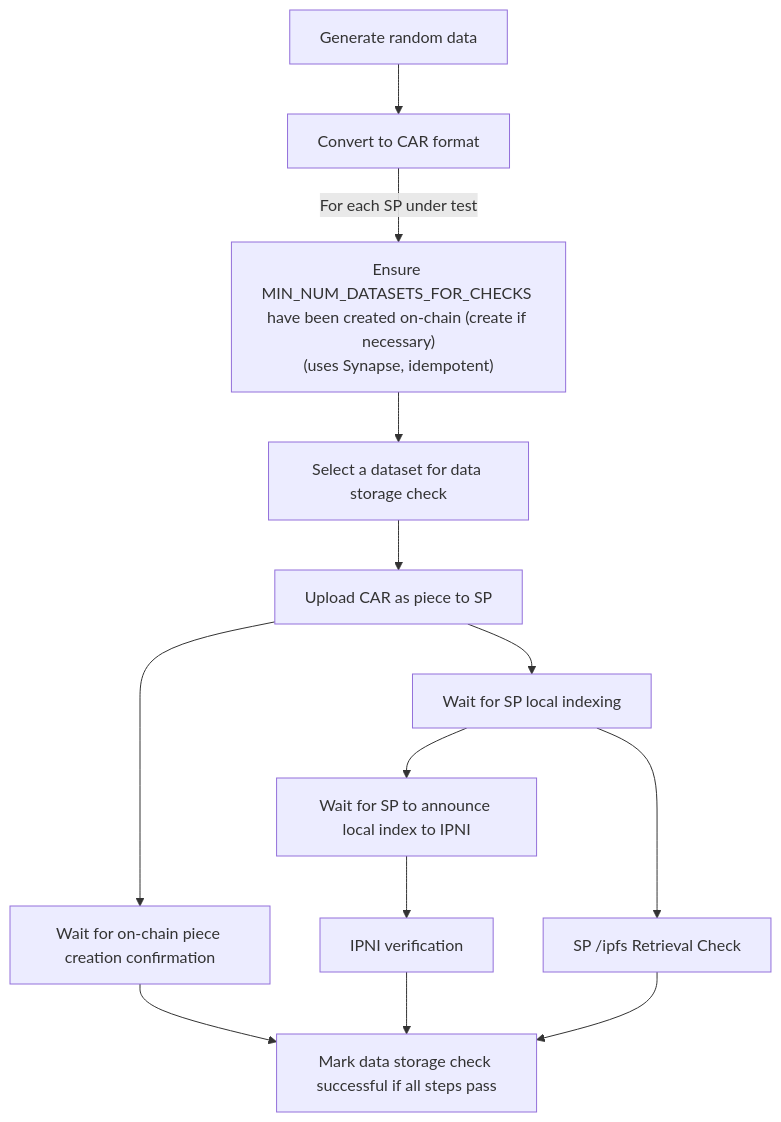
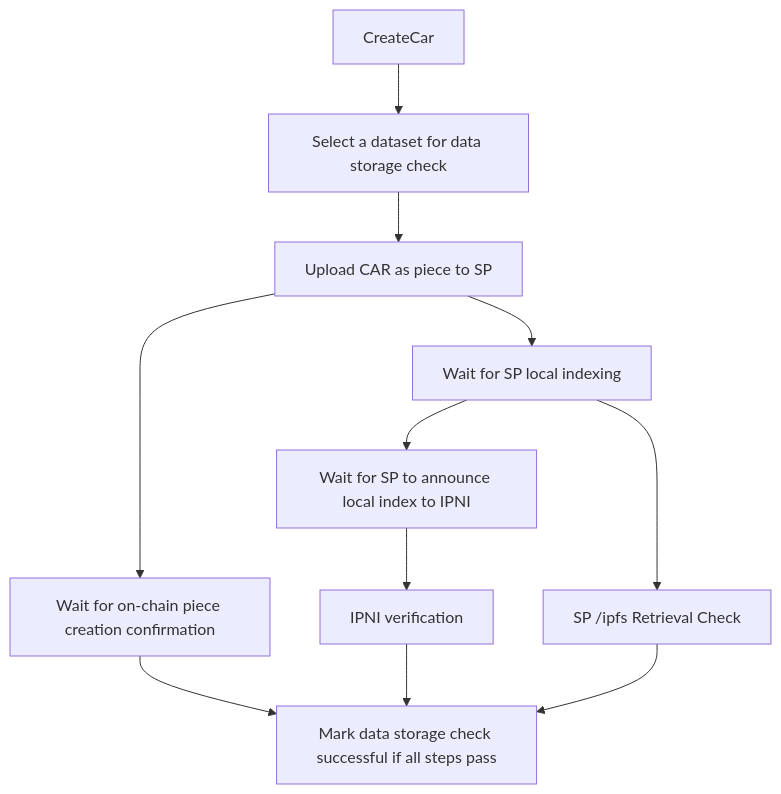
Before and after one commit to FilOzone/dealbot: the first of 2 diagrams in docs/checks/data-storage.md, drawn with Mermaid. The commit also changed other lines of this file and 4 other files, not shown here.

````diff
--- a/docs/checks/data-storage.md
+++ b/docs/checks/data-storage.md
@@ -45,15 +45,13 @@
 ```mermaid
 flowchart TD
-  GenerateData["Generate random data"] --> CreateCar["Convert to CAR format"]
-  CreateCar -- "For each SP under test" --> CreateDataSets["Ensure MIN_NUM_DATASETS_FOR_CHECKS have been created on-chain (create if necessary)<br/>(uses Synapse, idempotent)"]
-  CreateDataSets --> SelectDataSet["Select a dataset for data storage check"]
+  CreateCar --> SelectDataSet["Select a dataset for data storage check"]
   SelectDataSet --> Upload["Upload CAR as piece to SP"]
   Upload --> Chain["Wait for on-chain piece creation confirmation"]
   Upload --> LocalIndex["Wait for SP local indexing"]
   LocalIndex --> IpniAnnouncement["Wait for SP to announce local index to IPNI"]
   IpniAnnouncement --> IpniVerification["IPNI verification"]
   LocalIndex --> IpfsRetrieval["SP /ipfs Retrieval Check"]
   Chain --> CheckResults["Mark data storage check successful if all steps pass"]
   IpniVerification --> CheckResults
   IpfsRetrieval --> CheckResults
 ```
````
